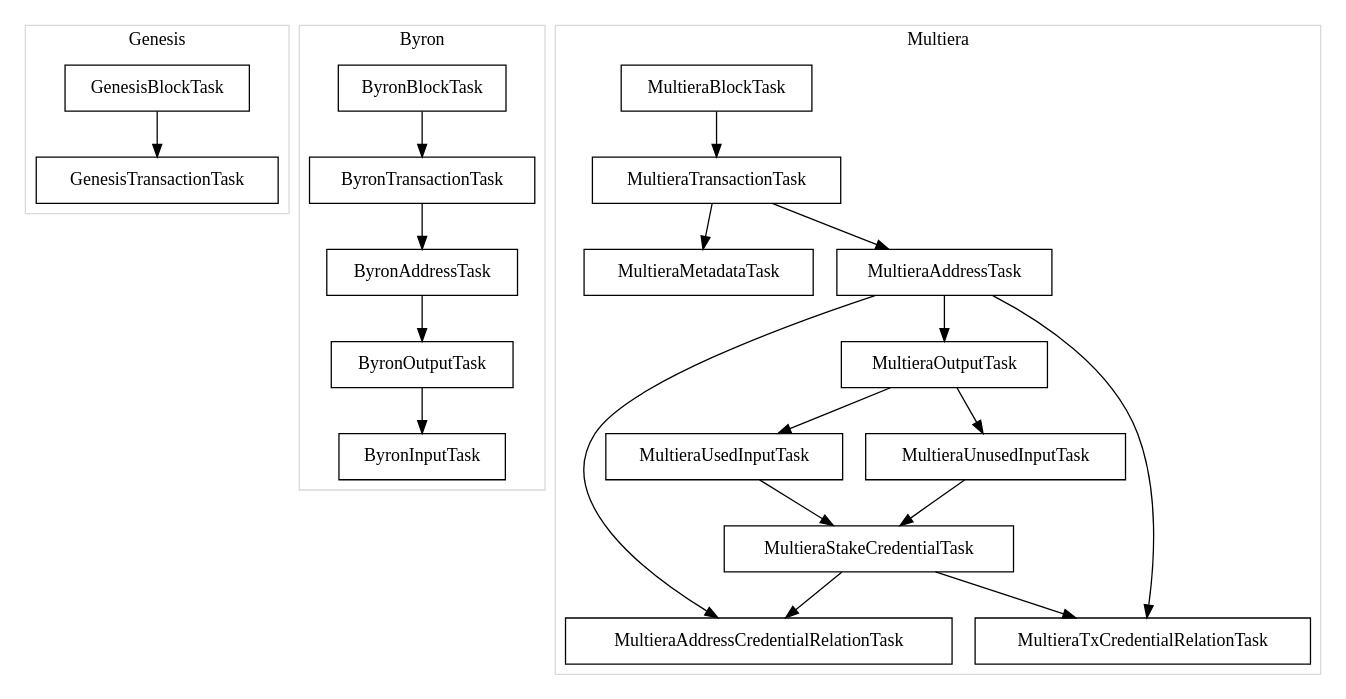
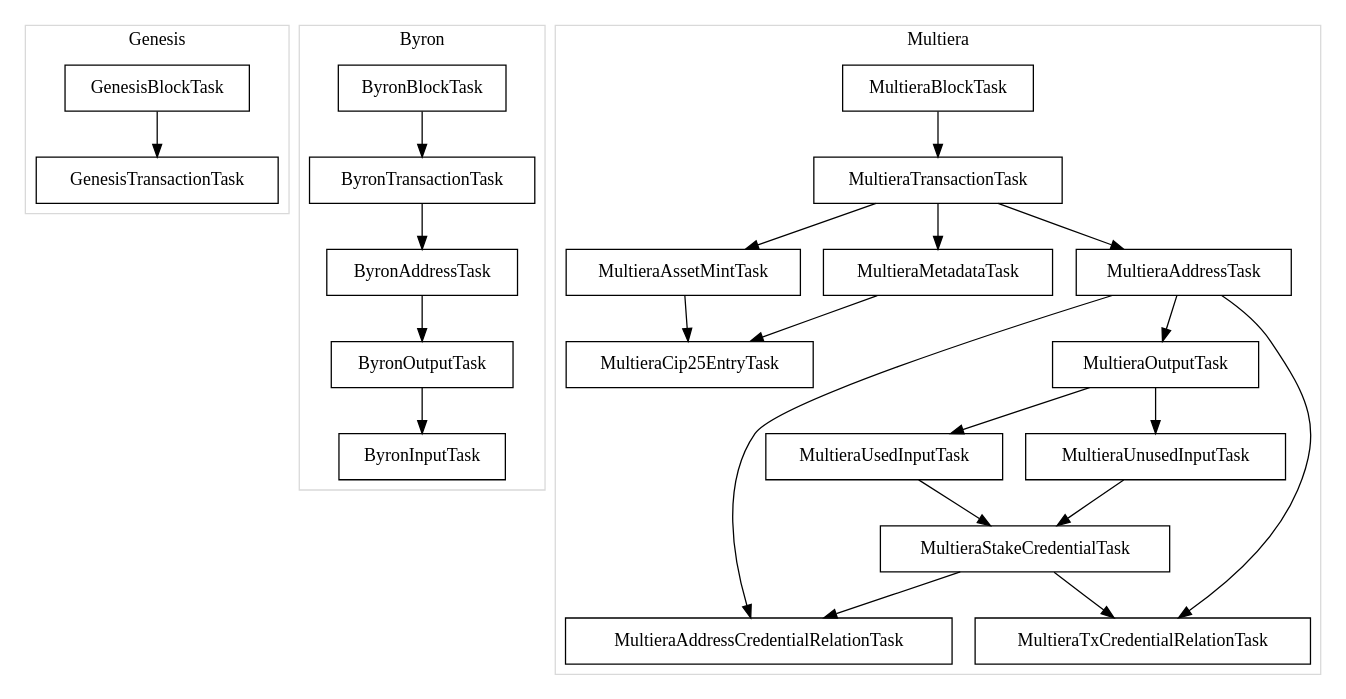
Before and after one commit to dcSpark/carp: the diagram in docs/bin/default.dot, drawn with Graphviz. The commit also changed 19 other files, not shown here.

```diff
--- a/docs/bin/default.dot
+++ b/docs/bin/default.dot
@@ -1,74 +1,81 @@
 digraph default {
 subgraph cluster_Genesis {
 label="Genesis";
 color="grey85";
 
 N0;
 N1;
 
 }
 
 subgraph cluster_Byron {
 label="Byron";
 color="grey85";
 
 N2;
 N3;
 N4;
 N5;
 N6;
 
 }
 
 subgraph cluster_Multiera {
 label="Multiera";
 color="grey85";
 
 N7;
 N8;
 N9;
 N10;
 N11;
 N12;
 N13;
 N14;
 N15;
 N16;
+N17;
+N18;
 
 }
 
     N0[label="GenesisBlockTask"][shape="box"];
     N1[label="GenesisTransactionTask"][shape="box"];
     N2[label="ByronBlockTask"][shape="box"];
     N3[label="ByronTransactionTask"][shape="box"];
     N4[label="ByronAddressTask"][shape="box"];
     N5[label="ByronOutputTask"][shape="box"];
     N6[label="ByronInputTask"][shape="box"];
     N7[label="MultieraBlockTask"][shape="box"];
     N8[label="MultieraTransactionTask"][shape="box"];
     N9[label="MultieraMetadataTask"][shape="box"];
     N10[label="MultieraAddressTask"][shape="box"];
     N11[label="MultieraOutputTask"][shape="box"];
     N12[label="MultieraUsedInputTask"][shape="box"];
     N13[label="MultieraUnusedInputTask"][shape="box"];
     N14[label="MultieraStakeCredentialTask"][shape="box"];
     N15[label="MultieraAddressCredentialRelationTask"][shape="box"];
     N16[label="MultieraTxCredentialRelationTask"][shape="box"];
+    N17[label="MultieraAssetMintTask"][shape="box"];
+    N18[label="MultieraCip25EntryTask"][shape="box"];
     N0 -> N1[label=""];
     N2 -> N3[label=""];
     N3 -> N4[label=""];
     N4 -> N5[label=""];
     N5 -> N6[label=""];
     N7 -> N8[label=""];
     N8 -> N9[label=""];
     N8 -> N10[label=""];
     N10 -> N11[label=""];
     N11 -> N12[label=""];
     N11 -> N13[label=""];
     N12 -> N14[label=""];
     N13 -> N14[label=""];
     N10 -> N15[label=""];
     N14 -> N15[label=""];
     N10 -> N16[label=""];
     N14 -> N16[label=""];
+    N8 -> N17[label=""];
+    N9 -> N18[label=""];
+    N17 -> N18[label=""];
 }
```
